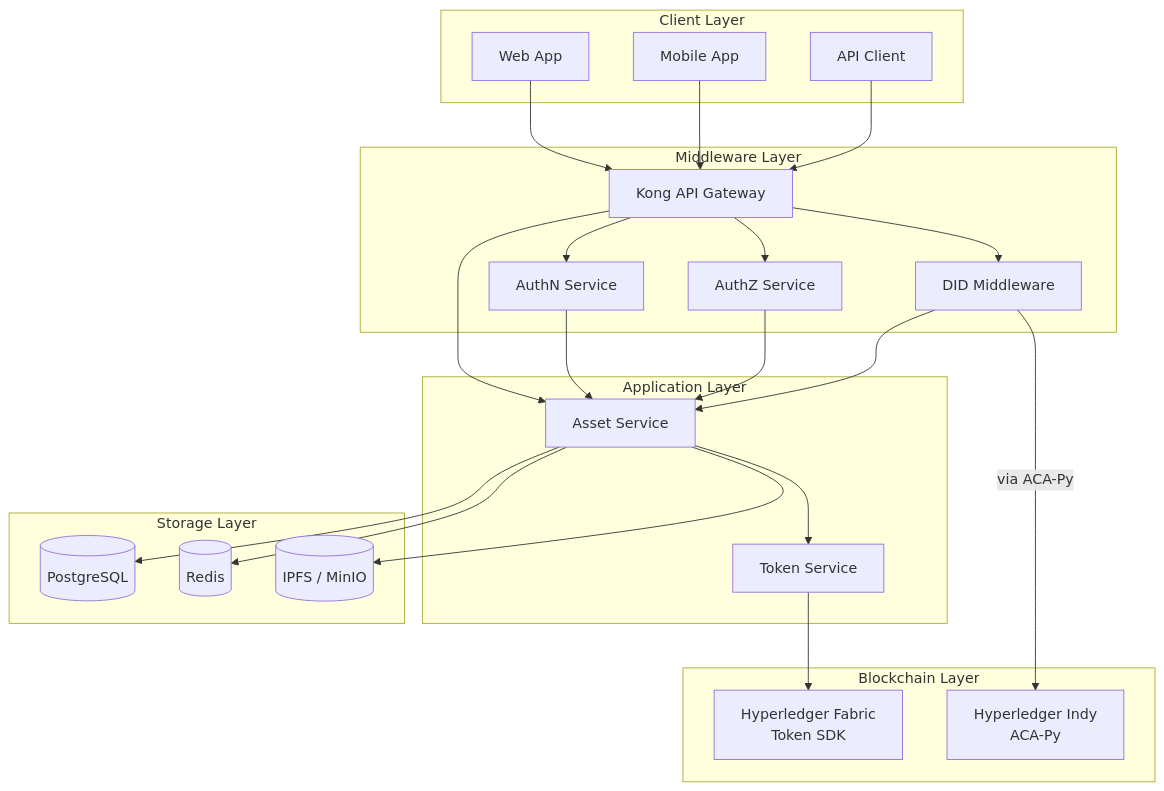
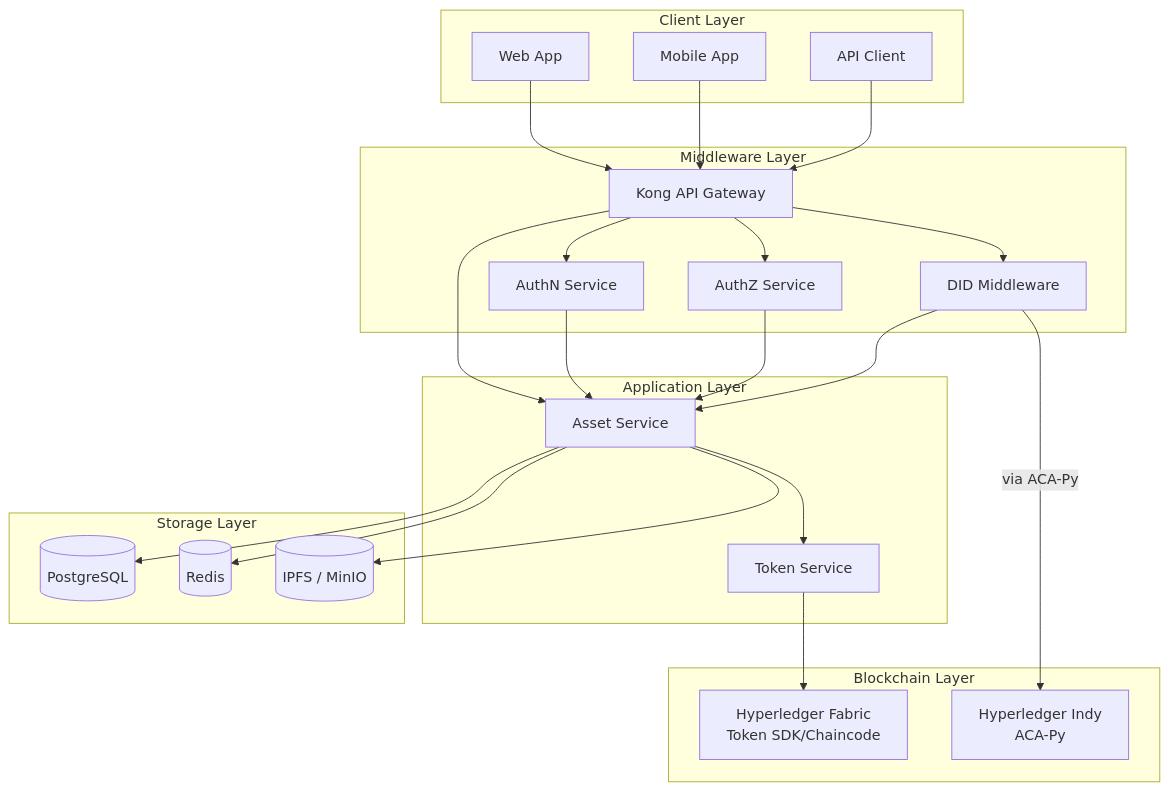
One commit to metafi-blockchain/metafi-digital-assets-service changed the first of 3 diagrams in docs/architecture-design.en.md. Above: the diagram before and after it, drawn with Mermaid.

````diff
--- a/docs/architecture-design.en.md
+++ b/docs/architecture-design.en.md
@@ -19,52 +19,52 @@
 ```mermaid
 graph TD
     subgraph "Client Layer"
         Web[Web App]
         Mobile[Mobile App]
         API[API Client]
     end
 
     subgraph "Middleware Layer"
         Gateway[Kong API Gateway]
         AuthN[AuthN Service]
         AuthZ[AuthZ Service]
         DID["DID Middleware"]
     end
 
     subgraph "Application Layer"
         Asset[Asset Service]
         Token[Token Service]
     end
 
     subgraph "Blockchain Layer"
-        Fabric["Hyperledger Fabric<br/>Token SDK"]
+        Fabric["Hyperledger Fabric<br/>Token SDK/Chaincode"]
         Indy["Hyperledger Indy<br/>ACA-Py"]
     end
 
     subgraph "Storage Layer"
         DB[(PostgreSQL)]
         Cache[(Redis)]
         Storage[(IPFS / MinIO)]
     end
 
     Web --> Gateway
     Mobile --> Gateway
     API --> Gateway
 
     Gateway --> AuthN
     Gateway --> AuthZ
     Gateway --> Asset
     Gateway --> DID
 
     AuthN --> Asset
     AuthZ --> Asset
     DID --> Asset
 
     Asset --> Token
     Token --> Fabric
 
     Asset --> DB
     Asset --> Cache
     Asset --> Storage
     DID -->|via ACA-Py| Indy
 ```
````
